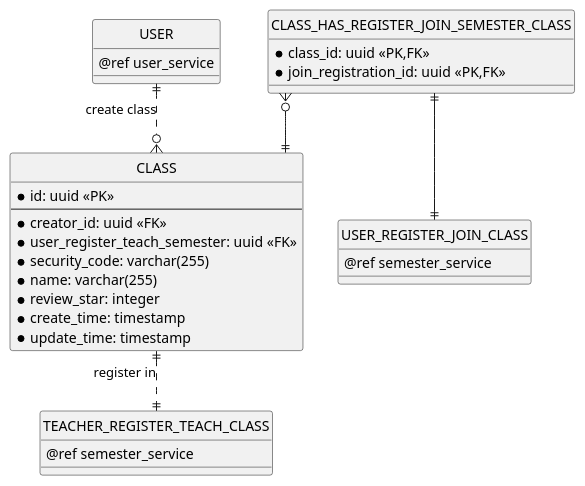
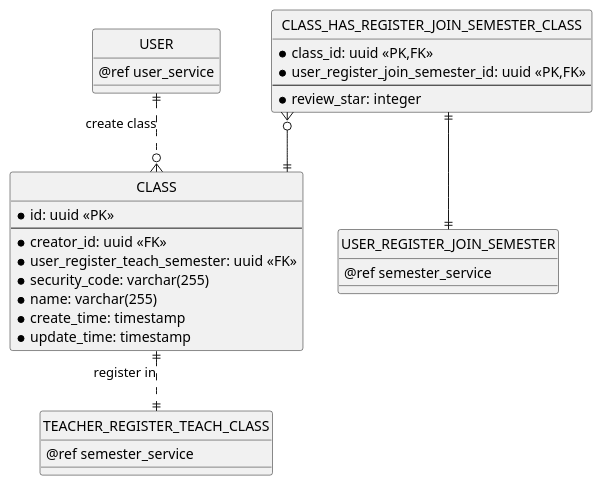
One commit to chungnguyenbkcse/ERD-USECASE-KIDSDRAWING changed the sixth of 12 diagrams in erd.md. Above: the diagram before and after it, drawn with PlantUML. The commit also changed other lines of this file and 1 other file, not shown here.

````diff
--- a/erd.md
+++ b/erd.md
@@ -350,45 +358,46 @@
 ```plantuml
 @startuml class_service
 ' hide the spot
 hide circle
 
 ' avoid problems with angled crows feet
 skinparam linetype ortho
 
 entity "USER" as user {
     @ref user_service
 }
 
 entity "CLASS" as class {
     * id: uuid <<PK>>
     --
     * creator_id: uuid <<FK>>
     * user_register_teach_semester: uuid <<FK>>
     * security_code: varchar(255)
     * name: varchar(255)
-    * review_star: integer
     * create_time: timestamp
     * update_time: timestamp
 }
 
 entity "CLASS_HAS_REGISTER_JOIN_SEMESTER_CLASS" as user_join_class {
     * class_id: uuid <<PK,FK>>
-    * join_registration_id: uuid <<PK,FK>>
+    * user_register_join_semester_id: uuid <<PK,FK>>
+    --
+    * review_star: integer
 }
 
-entity "USER_REGISTER_JOIN_CLASS" as user_register_join_class {
+entity "USER_REGISTER_JOIN_SEMESTER" as user_register_join_class {
     @ref semester_service
 }
 
 entity "TEACHER_REGISTER_TEACH_CLASS" as user_register_teach_class {
     @ref semester_service
 }
 
 ' Class Relationship
 
 user ||..o{ class: create class
 user_join_class }o--|| class
 user_join_class ||--|| user_register_join_class
 class ||..|| user_register_teach_class: register in
 @enduml
 ```
````
